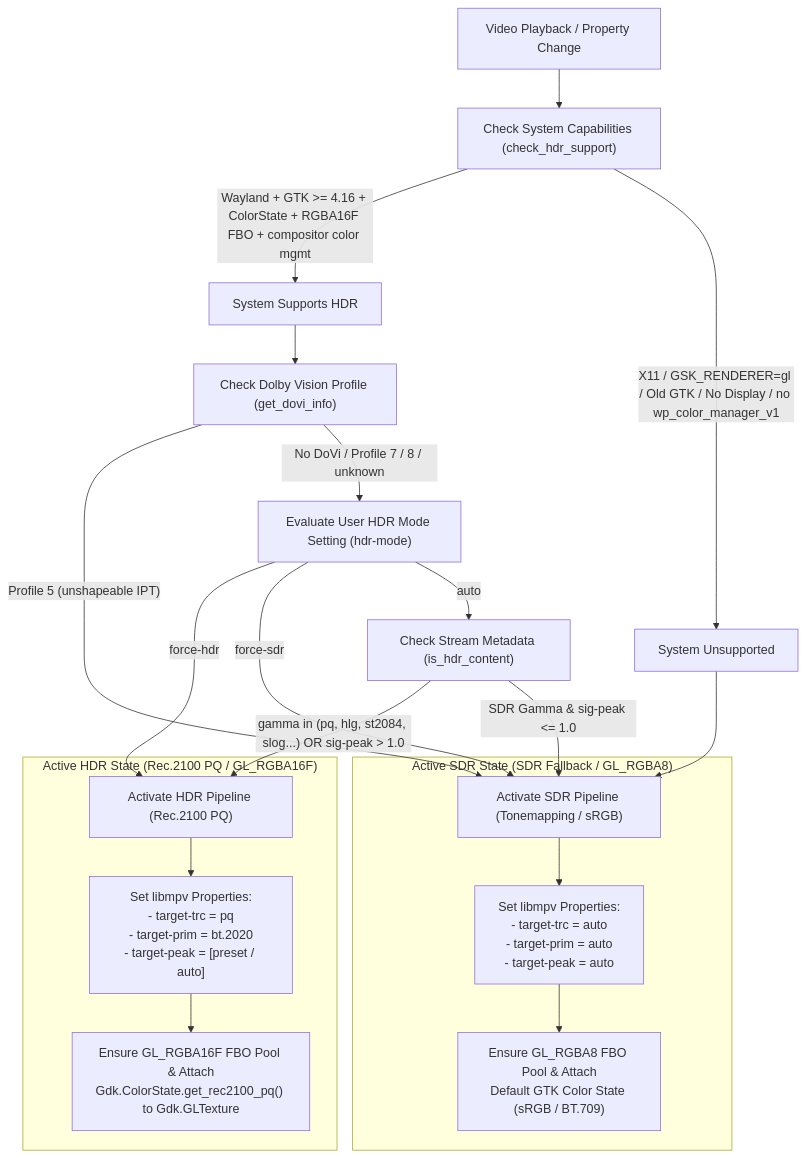
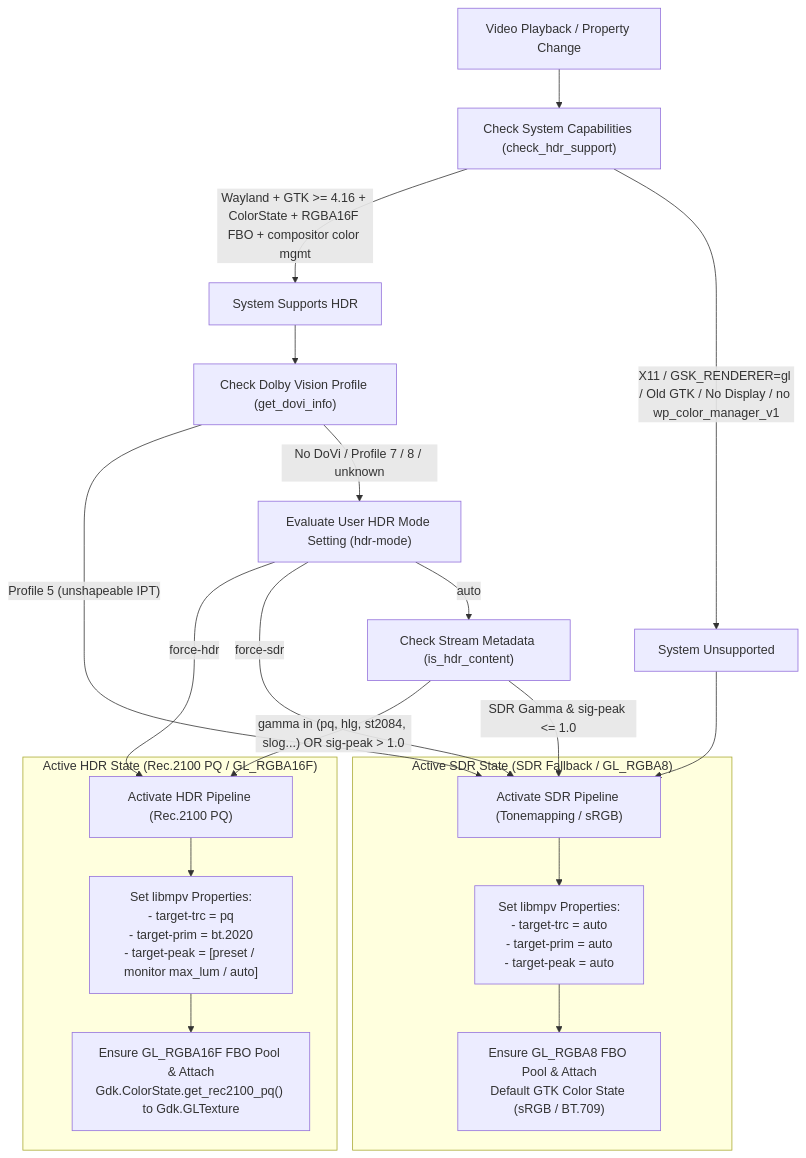
Before and after one commit to rusmikev/CineHDR: the second of 2 diagrams in docs/HDR.md, drawn with Mermaid. The commit also changed other lines of this file and 4 other files, not shown here.

````diff
--- a/docs/HDR.md
+++ b/docs/HDR.md
@@ -56,30 +56,30 @@
 ```mermaid
 flowchart TD
     Start["Video Playback / Property Change"] --> CheckSupport["Check System Capabilities (check_hdr_support)"]
     
     CheckSupport -->|"Wayland + GTK >= 4.16 + ColorState + RGBA16F FBO + compositor color mgmt"| SystemSupported["System Supports HDR"]
     CheckSupport -->|"X11 / GSK_RENDERER=gl / Old GTK / No Display / no wp_color_manager_v1"| SystemUnsupported["System Unsupported"]
 
     SystemSupported --> DoViGate["Check Dolby Vision Profile (get_dovi_info)"]
     DoViGate -->|"Profile 5 (unshapeable IPT)"| ApplySDR
     DoViGate -->|"No DoVi / Profile 7 / 8 / unknown"| Mode["Evaluate User HDR Mode Setting (hdr-mode)"]
     
     Mode -->|"force-hdr"| ApplyHDR["Activate HDR Pipeline (Rec.2100 PQ)"]
     Mode -->|"force-sdr"| ApplySDR["Activate SDR Pipeline (Tonemapping / sRGB)"]
     Mode -->|"auto"| CheckContent["Check Stream Metadata (is_hdr_content)"]
 
     CheckContent -->|"gamma in (pq, hlg, st2084, slog...) OR sig-peak > 1.0"| ApplyHDR
     CheckContent -->|"SDR Gamma & sig-peak <= 1.0"| ApplySDR
 
     SystemUnsupported --> ApplySDR
 
     subgraph HDR_Active ["Active HDR State (Rec.2100 PQ / GL_RGBA16F)"]
-        ApplyHDR --> MPVProps["Set libmpv Properties:\n- target-trc = pq\n- target-prim = bt.2020\n- target-peak = [preset / auto]"]
+        ApplyHDR --> MPVProps["Set libmpv Properties:\n- target-trc = pq\n- target-prim = bt.2020\n- target-peak = [preset / monitor max_lum / auto]"]
         MPVProps --> TextureState["Ensure GL_RGBA16F FBO Pool & Attach\nGdk.ColorState.get_rec2100_pq() to Gdk.GLTexture"]
     end
 
     subgraph SDR_Active ["Active SDR State (SDR Fallback / GL_RGBA8)"]
         ApplySDR --> MPVPropsSDR["Set libmpv Properties:\n- target-trc = auto\n- target-prim = auto\n- target-peak = auto"]
         MPVPropsSDR --> TextureStateSDR["Ensure GL_RGBA8 FBO Pool & Attach\nDefault GTK Color State (sRGB / BT.709)"]
     end
 ```
````
